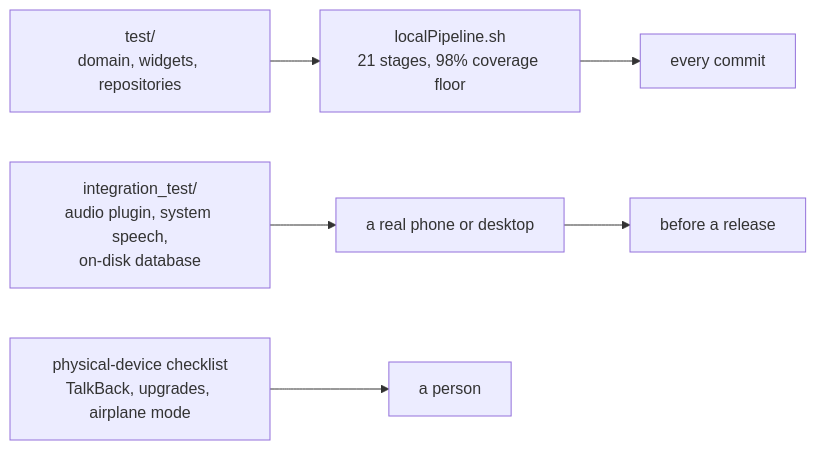
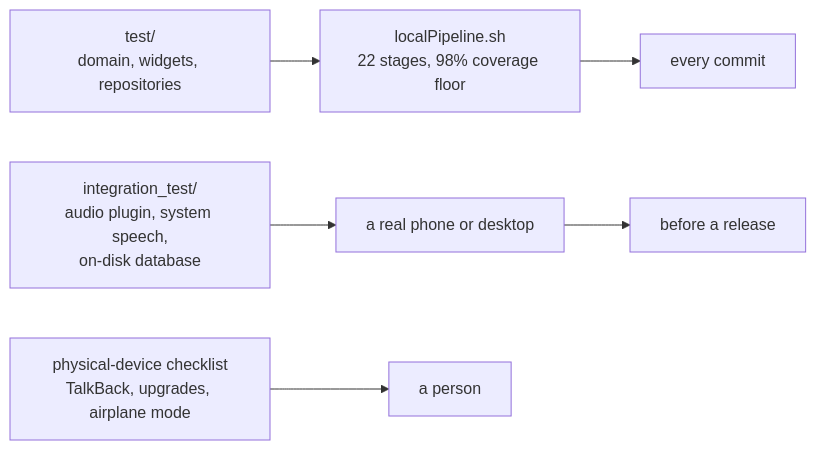
The seventh of 9 diagrams in docs/05_architecture.md (marcelpetrick/CroLingo), drawn with Mermaid before and after one commit. The commit also changed 10 other files, not shown here.

````diff
--- a/docs/05_architecture.md
+++ b/docs/05_architecture.md
@@ -278,8 +278,8 @@
 ```mermaid
 flowchart LR
-  Unit["test/<br/>domain, widgets, repositories"] --> Gate["localPipeline.sh<br/>21 stages, 98% coverage floor"]
+  Unit["test/<br/>domain, widgets, repositories"] --> Gate["localPipeline.sh<br/>22 stages, 98% coverage floor"]
   Gate --> Commit["every commit"]
   Boundary["integration_test/<br/>audio plugin, system speech,<br/>on-disk database"] --> Target["a real phone or desktop"]
   Target --> Release["before a release"]
   Manual["physical-device checklist<br/>TalkBack, upgrades, airplane mode"] --> Person["a person"]
 ```
````
